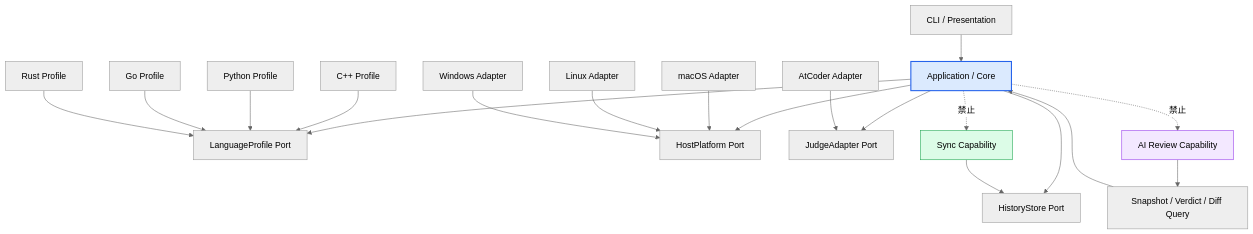
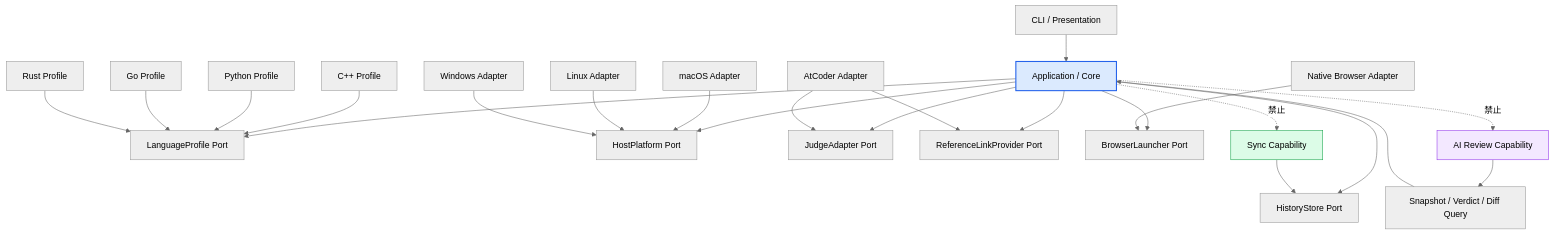
Before and after one commit to mgmaru/algo-loom: the diagram in docs/architecture/overview.md, drawn with Mermaid (neutral theme). The commit also changed other lines of this file and 14 other files, not shown here.

````diff
--- a/docs/architecture/overview.md
+++ b/docs/architecture/overview.md
@@ -38,31 +41,35 @@
 ```mermaid
 flowchart TB
     CLI[CLI / Presentation] --> CORE[Application / Core]
 
     CORE --> LP[LanguageProfile Port]
     CORE --> HP[HostPlatform Port]
     CORE --> JA[JudgeAdapter Port]
+    CORE --> RP[ReferenceLinkProvider Port]
+    CORE --> BL[BrowserLauncher Port]
     CORE --> HS[HistoryStore Port]
 
     CPP[C++ Profile] --> LP
     PY[Python Profile] --> LP
     GO[Go Profile] --> LP
     RS[Rust Profile] --> LP
 
     MAC[macOS Adapter] --> HP
     LIN[Linux Adapter] --> HP
     WIN[Windows Adapter] --> HP
 
     AT[AtCoder Adapter] --> JA
+    AT --> RP
+    NB[Native Browser Adapter] --> BL
 
     AI[AI Review Capability] --> QR[Snapshot / Verdict / Diff Query]
     QR --> CORE
     SYNC[Sync Capability] --> HS
 
     CORE -. 禁止 .-> AI
     CORE -. 禁止 .-> SYNC
 
     style CORE fill:#dbeafe,stroke:#2563eb,stroke-width:2px
     style AI fill:#f3e8ff,stroke:#9333ea
     style SYNC fill:#dcfce7,stroke:#16a34a
 ```
````
